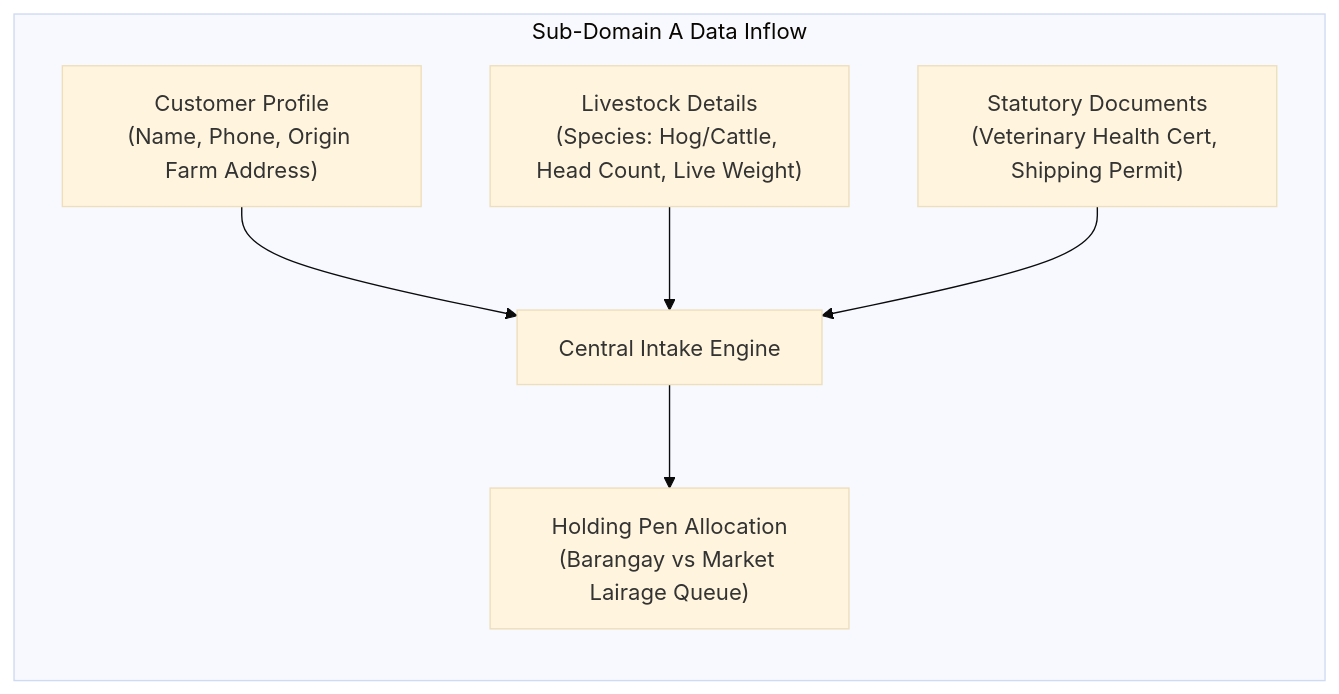
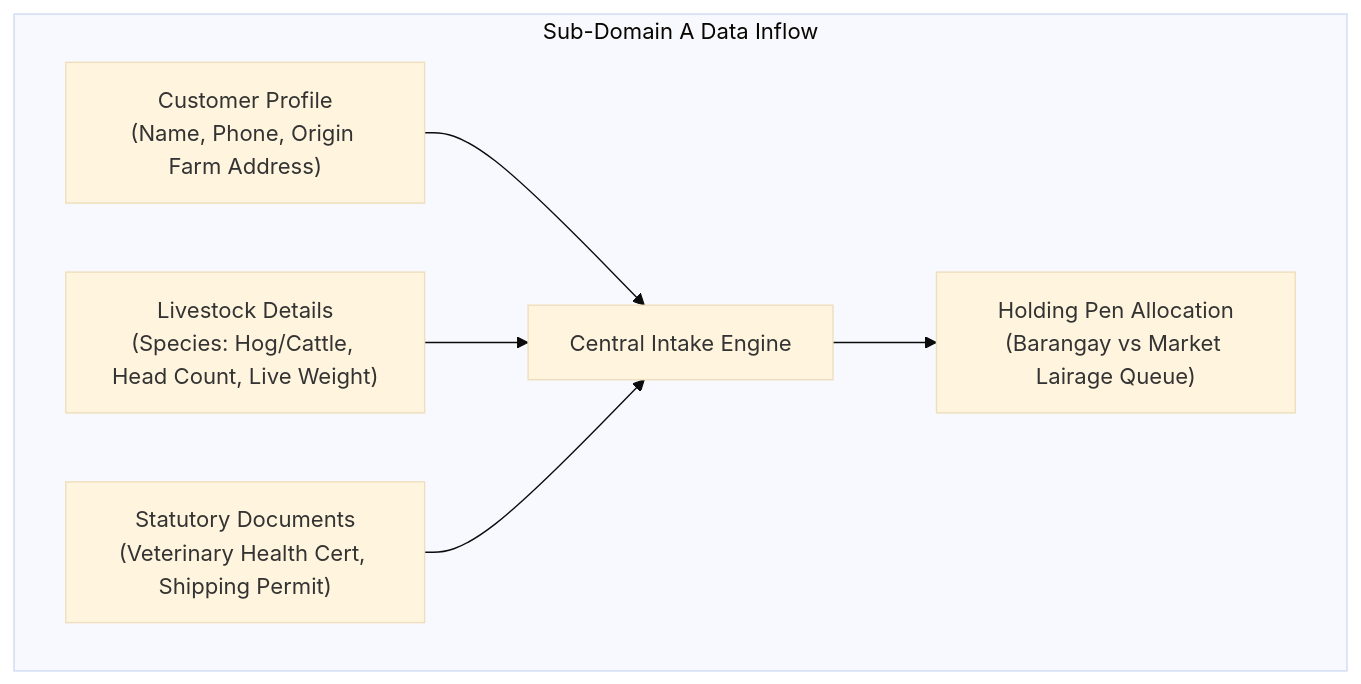
Before and after one commit to johnpaulmarbella123-alt/TC_AA_Slaughterhouse_Application: the first of 3 diagrams in vault/07 - Capstone Manuscript/Chapter 4 - Results and Discussion.md, drawn with Mermaid (base theme). The commit also changed 12 other files, not shown here.

````diff
--- a/vault/07 - Capstone Manuscript/Chapter 4 - Results and Discussion.md
+++ b/vault/07 - Capstone Manuscript/Chapter 4 - Results and Discussion.md
@@ -32,9 +32,9 @@
 ```mermaid
-graph LR
+graph TD
     subgraph Sub-Domain A Data Inflow
         A1["Customer Profile<br/>(Name, Phone, Origin Farm Address)"] --> A4["Central Intake Engine"]
         A2["Livestock Details<br/>(Species: Hog/Cattle, Head Count, Live Weight)"] --> A4
         A3["Statutory Documents<br/>(Veterinary Health Cert, Shipping Permit)"] --> A4
         A4 --> A5["Holding Pen Allocation<br/>(Barangay vs Market Lairage Queue)"]
     end
 ```
````
